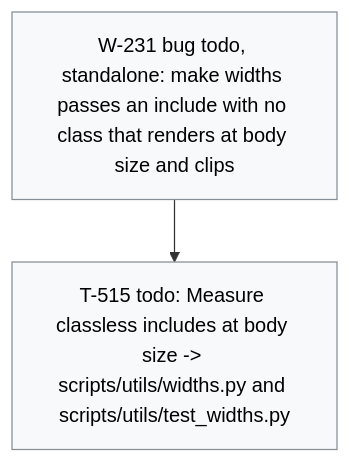
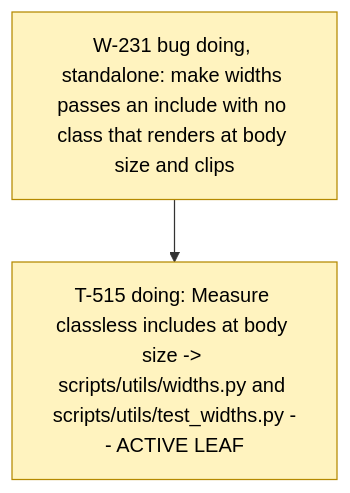
The diagram in .board/BOARD.md (dpopchev/chaos-to-simple), drawn with Mermaid before and after one commit. The commit also changed other lines of this file and 2 other files, not shown here.

Commit message:
chore(board): activate W-231, start T-515
Refs: W-231 T-515

````diff
--- a/.board/BOARD.md
+++ b/.board/BOARD.md
@@ -1378,11 +1378,11 @@
 ```mermaid
 flowchart TD
-  W231["W-231 bug todo, standalone: make widths passes an include with no class that renders at body size and clips"]
-  W231 --> T515["T-515 todo: Measure classless includes at body size -> scripts/utils/widths.py and scripts/utils/test_widths.py"]
+  W231["W-231 bug doing, standalone: make widths passes an include with no class that renders at body size and clips"]
+  W231 --> T515["T-515 doing: Measure classless includes at body size -> scripts/utils/widths.py and scripts/utils/test_widths.py -- ACTIVE LEAF"]
   classDef doing fill:#fff3bf,stroke:#b58900,color:#000;
   classDef blocked fill:#ffe3e3,stroke:#c92a2a,color:#000;
   classDef done fill:#e6ffed,stroke:#2b8a3e,color:#000;
   classDef todo fill:#f8f9fa,stroke:#868e96,color:#000;
   classDef pruned fill:#f1f3f5,stroke:#adb5bd,color:#000;
-  class W231,T515 todo
+  class W231,T515 doing
 ```
````
